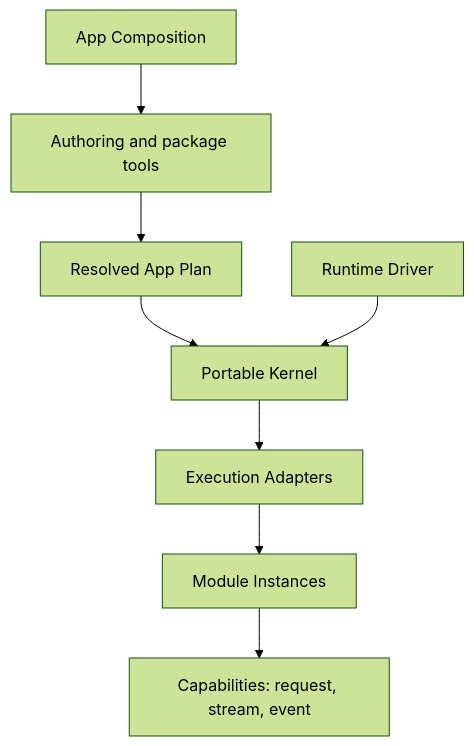
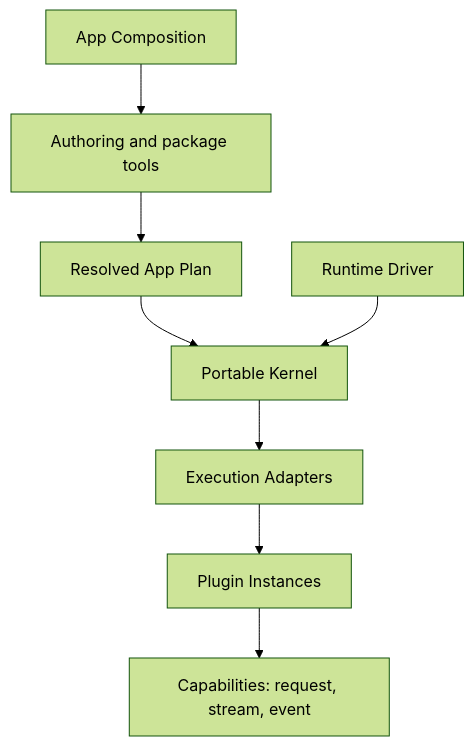
One commit to LioRael/lenso-site changed the diagram in content/docs/index.mdx. Above: the diagram before and after it, drawn with Mermaid (forest theme). The commit also changed other lines of this file and 52 other files, not shown here.

````diff
--- a/content/docs/index.mdx
+++ b/content/docs/index.mdx
@@ -35,10 +35,10 @@
 ```mermaid
 flowchart TD
   C[App Composition] --> A[Authoring and package tools]
   A --> P[Resolved App Plan]
   P --> K[Portable Kernel]
   D[Runtime Driver] --> K
   K --> E[Execution Adapters]
-  E --> M[Module Instances]
+  E --> M[Plugin Instances]
   M --> Q[Capabilities: request, stream, event]
 ```
````
